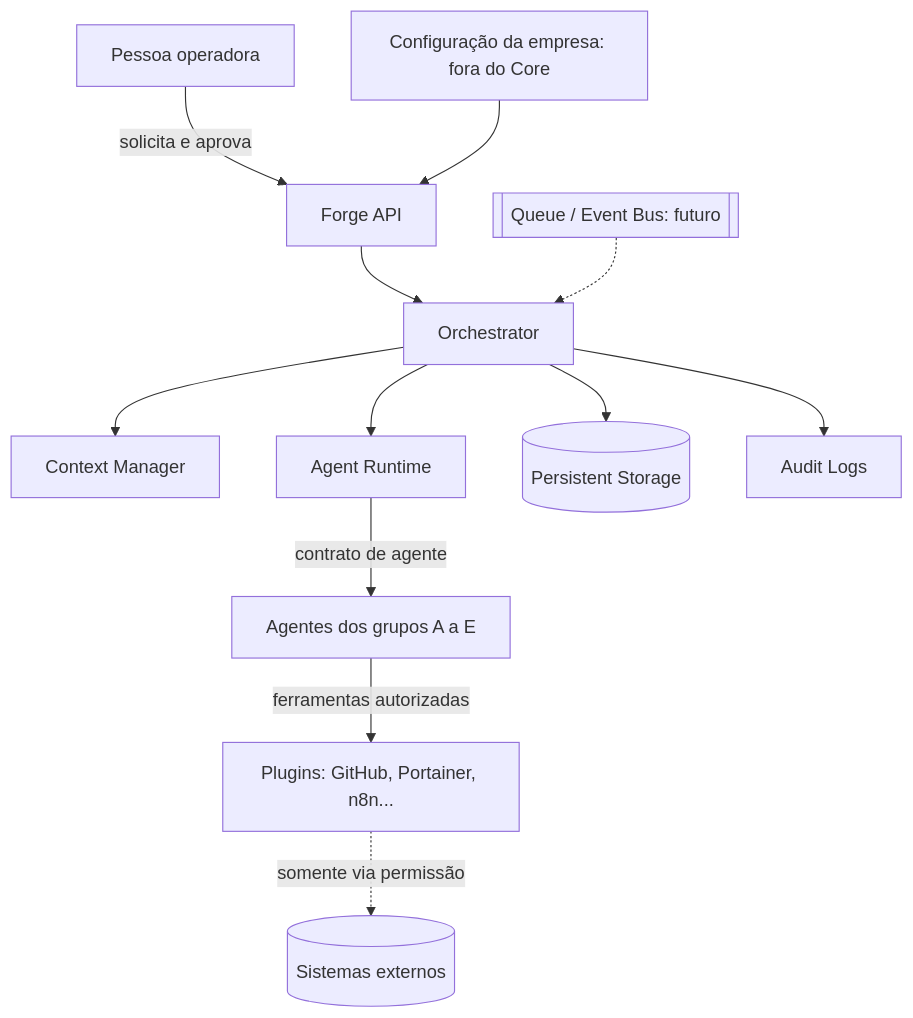
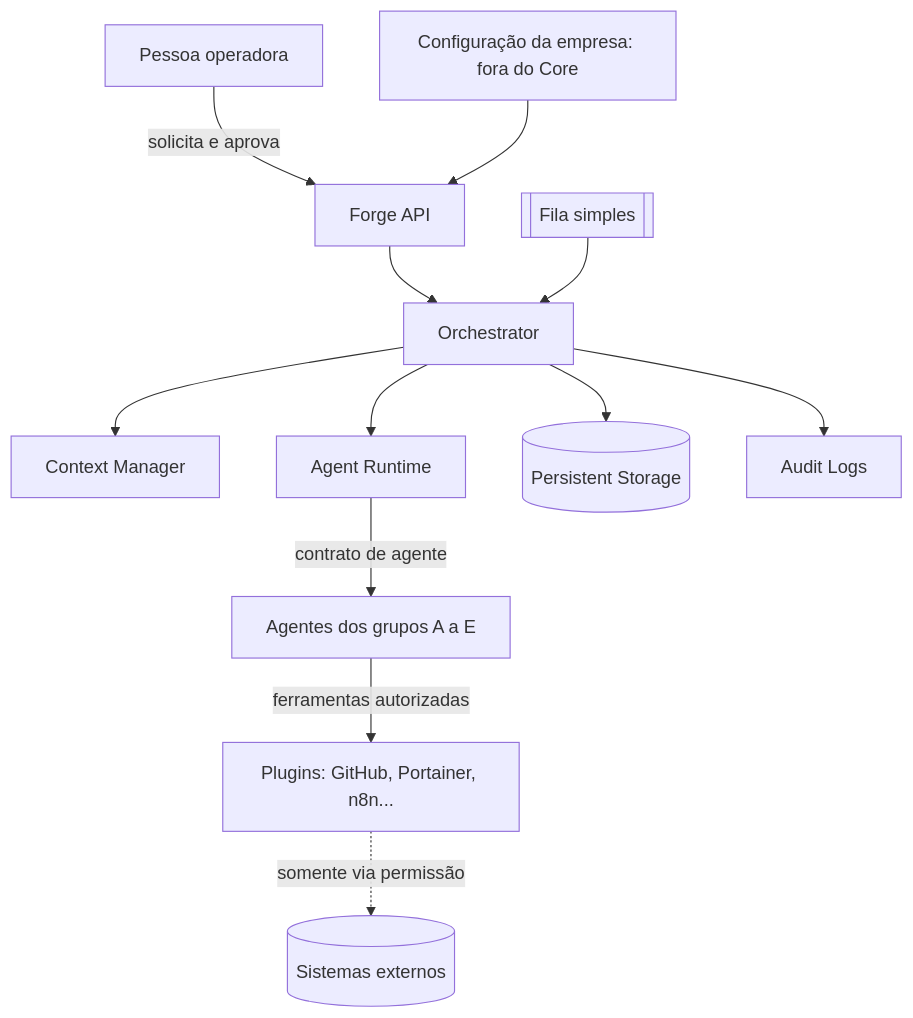
Before and after one commit to danielxdrj/forge: the diagram in docs/arquitetura/FRG-25-arquitetura-alvo.md, drawn with Mermaid. The commit also changed other lines of this file and 9 other files, not shown here.

````diff
--- a/docs/arquitetura/FRG-25-arquitetura-alvo.md
+++ b/docs/arquitetura/FRG-25-arquitetura-alvo.md
@@ -25,14 +25,14 @@
 ```mermaid
 flowchart TB
   H[Pessoa operadora] -->|solicita e aprova| API[Forge API]
   API --> ORCH[Orchestrator]
   ORCH --> CTX[Context Manager]
   ORCH --> AR[Agent Runtime]
   AR -->|contrato de agente| AG[Agentes dos grupos A a E]
   AG -->|ferramentas autorizadas| PLG[Plugins: GitHub, Portainer, n8n...]
   PLG -.->|somente via permissão| EXT[(Sistemas externos)]
   ORCH --> ST[(Persistent Storage)]
   ORCH --> AUD[Audit Logs]
   CFG[Configuração da empresa: fora do Core] --> API
-  Q[[Queue / Event Bus: futuro]] -.-> ORCH
+  Q[[Fila simples]] --> ORCH
 ```
````
